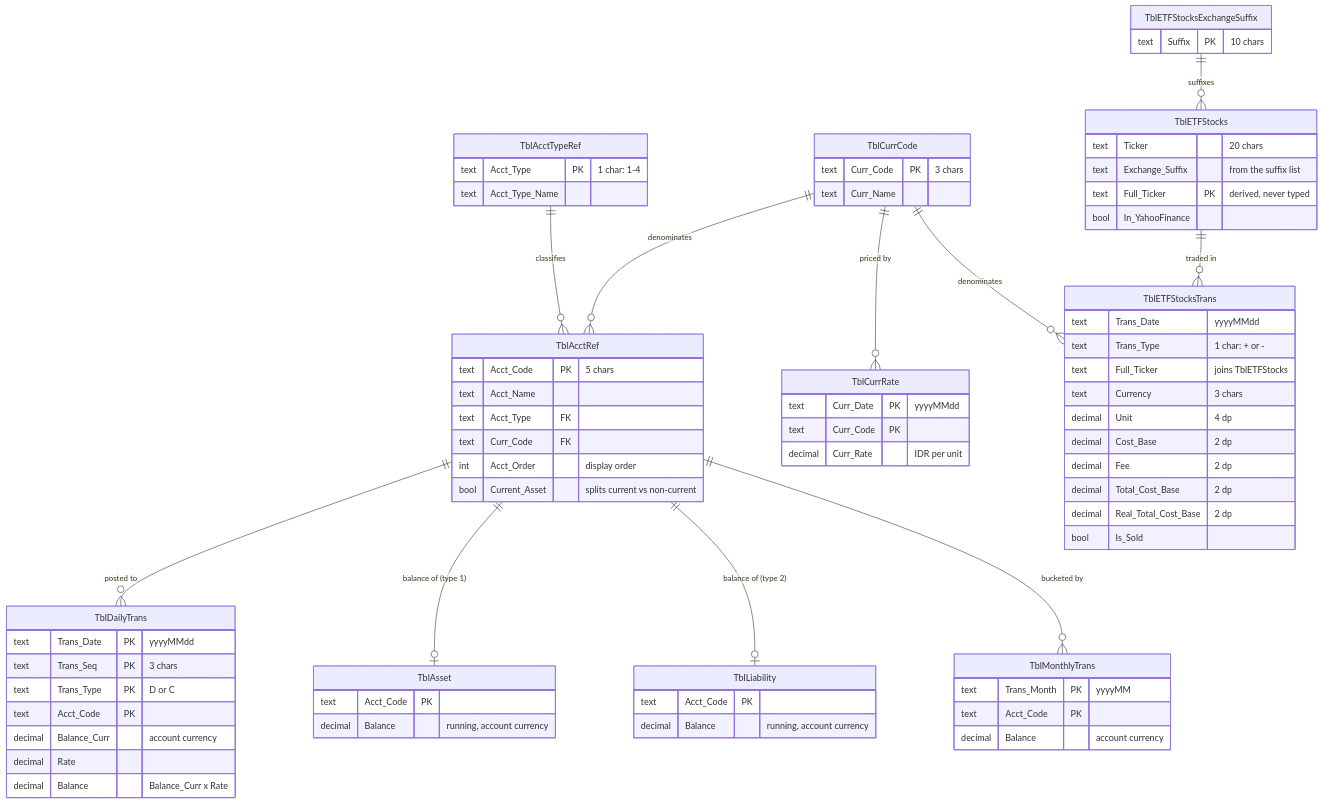
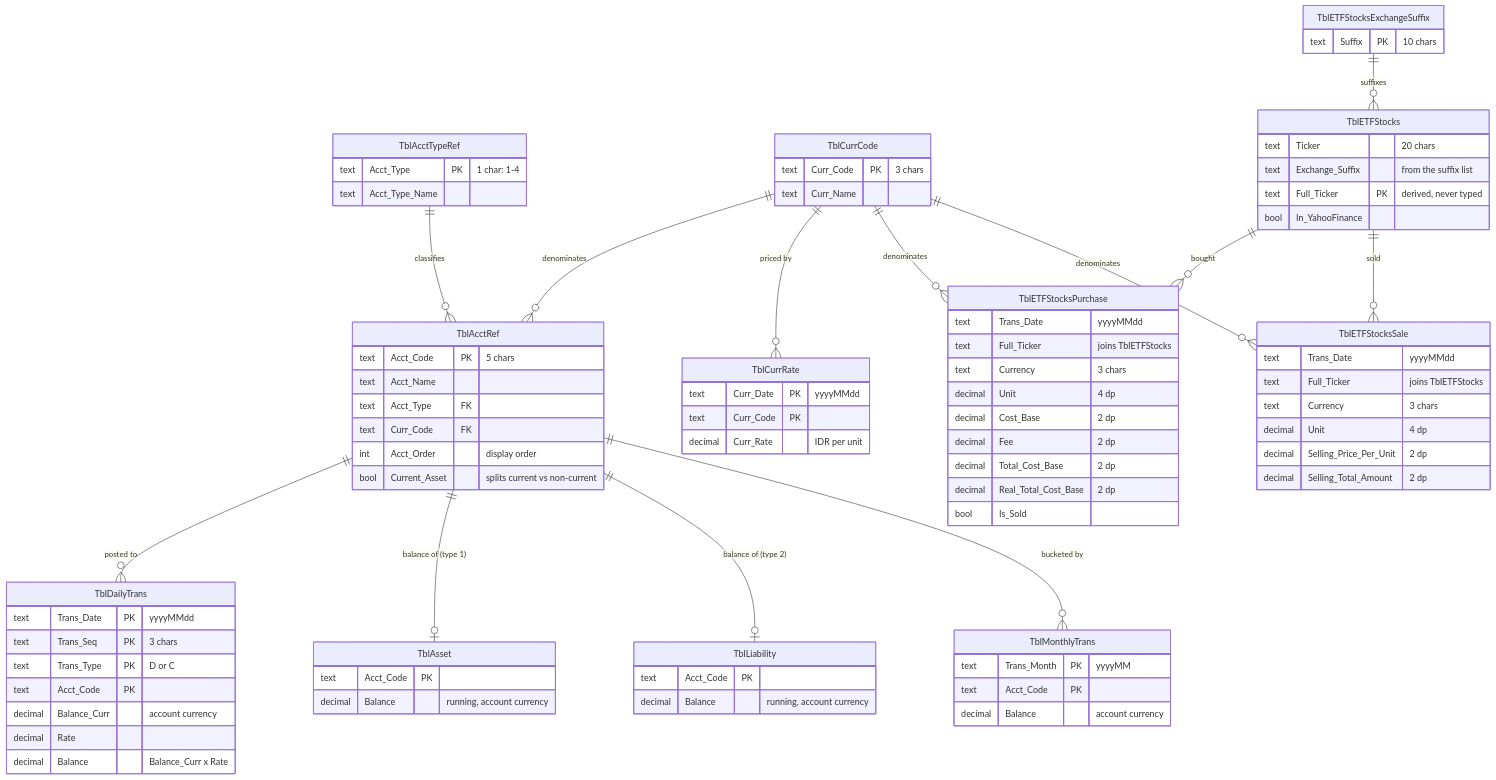
One commit to oscar-rijadi/FinancialBalance changed the third of 3 diagrams in README.md. Above: the diagram before and after it, drawn with Mermaid. The commit also changed other lines of this file and 24 other files, not shown here.

Commit message:
Separate table TblETFStocksTrans become 2 different table for Purchase and Sale,

````diff
--- a/README.md
+++ b/README.md
@@ -149,8 +149,10 @@
     TblAcctRef      ||--o| TblLiability    : "balance of (type 2)"
     TblAcctRef      ||--o{ TblMonthlyTrans : "bucketed by"
     TblETFStocksExchangeSuffix ||--o{ TblETFStocks : "suffixes"
-    TblETFStocks    ||--o{ TblETFStocksTrans : "traded in"
-    TblCurrCode     ||--o{ TblETFStocksTrans : "denominates"
+    TblETFStocks    ||--o{ TblETFStocksPurchase : "bought"
+    TblETFStocks    ||--o{ TblETFStocksSale : "sold"
+    TblCurrCode     ||--o{ TblETFStocksPurchase : "denominates"
+    TblCurrCode     ||--o{ TblETFStocksSale : "denominates"
 
     TblAcctTypeRef {
         text Acct_Type PK "1 char: 1-4"
@@ -204,9 +206,8 @@
         text Full_Ticker PK "derived, never typed"
         bool In_YahooFinance
     }
-    TblETFStocksTrans {
+    TblETFStocksPurchase {
         text    Trans_Date "yyyyMMdd"
-        text    Trans_Type "1 char: + or -"
         text    Full_Ticker "joins TblETFStocks"
         text    Currency "3 chars"
         decimal Unit "4 dp"
@@ -216,4 +217,12 @@
         decimal Real_Total_Cost_Base "2 dp"
         bool    Is_Sold
     }
+    TblETFStocksSale {
+        text    Trans_Date "yyyyMMdd"
+        text    Full_Ticker "joins TblETFStocks"
+        text    Currency "3 chars"
+        decimal Unit "4 dp"
+        decimal Selling_Price_Per_Unit "2 dp"
+        decimal Selling_Total_Amount "2 dp"
+    }
 ```
````
